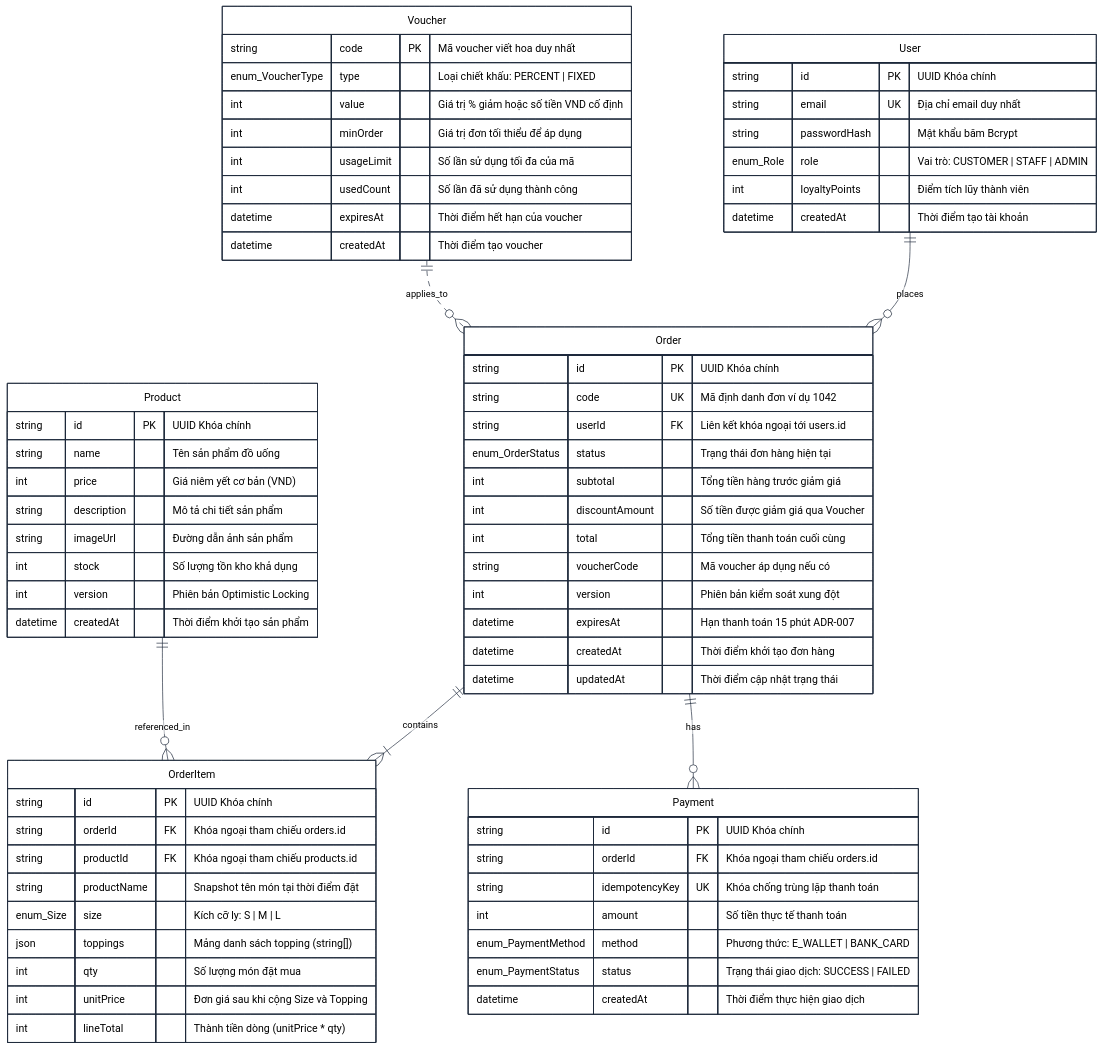
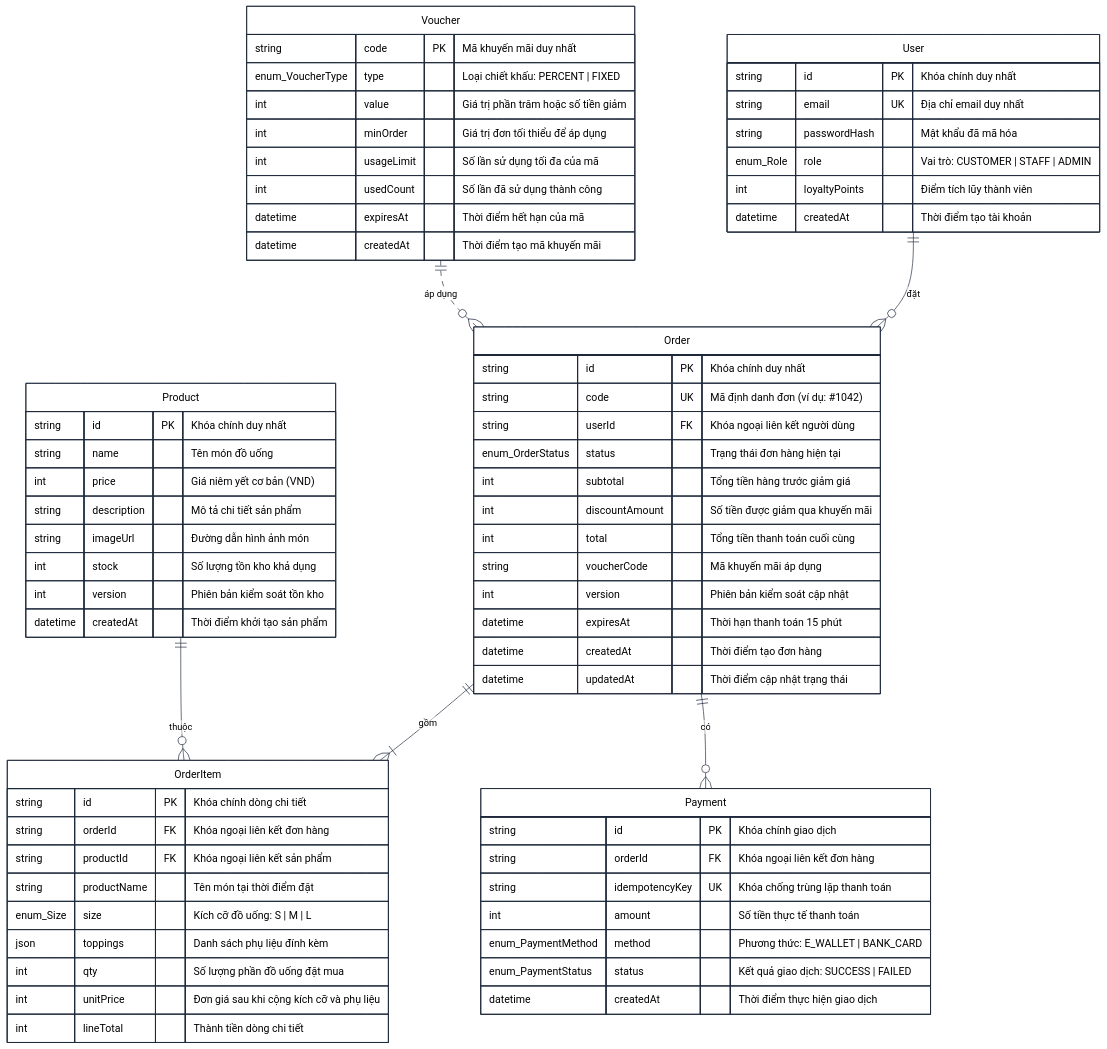
The eighth of 13 diagrams in docs/SYSTEM_ARCHITECTURE_DIAGRAMS.md (ThuanTran260/CNPM-BrewLite), drawn with Mermaid before and after one commit. The commit also changed other lines of this file and 25 other files, not shown here.

First line of the commit message:
docs(diagrams): chuan hoa so do hoc thuat tieng Viet va bo sung sequence diagram

````diff
--- a/docs/SYSTEM_ARCHITECTURE_DIAGRAMS.md
+++ b/docs/SYSTEM_ARCHITECTURE_DIAGRAMS.md
@@ -729,78 +730,78 @@
   }
 }}%%
 erDiagram
-    %% Định nghĩa các thực thể và quan hệ chuẩn hóa 100% Prisma Schema
-    User ||--o{ Order : "places"
-    Order ||--|{ OrderItem : "contains"
-    Product ||--o{ OrderItem : "referenced_in"
-    Order ||--o{ Payment : "has"
-    Voucher ||..o{ Order : "applies_to"
+    %% Định nghĩa các thực thể và mối quan hệ chuẩn hóa của hệ thống
+    User ||--o{ Order : "đặt"
+    Order ||--|{ OrderItem : "gồm"
+    Product ||--o{ OrderItem : "thuộc"
+    Order ||--o{ Payment : "có"
+    Voucher ||..o{ Order : "áp dụng"
 
     User {
-        string id PK "UUID Khóa chính"
+        string id PK "Khóa chính duy nhất"
         string email UK "Địa chỉ email duy nhất"
-        string passwordHash "Mật khẩu băm Bcrypt"
+        string passwordHash "Mật khẩu đã mã hóa"
         enum_Role role "Vai trò: CUSTOMER | STAFF | ADMIN"
         int loyaltyPoints "Điểm tích lũy thành viên"
         datetime createdAt "Thời điểm tạo tài khoản"
     }
 
     Product {
-        string id PK "UUID Khóa chính"
-        string name "Tên sản phẩm đồ uống"
+        string id PK "Khóa chính duy nhất"
+        string name "Tên món đồ uống"
         int price "Giá niêm yết cơ bản (VND)"
         string description "Mô tả chi tiết sản phẩm"
-        string imageUrl "Đường dẫn ảnh sản phẩm"
+        string imageUrl "Đường dẫn hình ảnh món"
         int stock "Số lượng tồn kho khả dụng"
-        int version "Phiên bản Optimistic Locking"
+        int version "Phiên bản kiểm soát tồn kho"
         datetime createdAt "Thời điểm khởi tạo sản phẩm"
     }
 
     Order {
-        string id PK "UUID Khóa chính"
-        string code UK "Mã định danh đơn ví dụ 1042"
-        string userId FK "Liên kết khóa ngoại tới users.id"
+        string id PK "Khóa chính duy nhất"
+        string code UK "Mã định danh đơn (ví dụ: #1042)"
+        string userId FK "Khóa ngoại liên kết người dùng"
         enum_OrderStatus status "Trạng thái đơn hàng hiện tại"
         int subtotal "Tổng tiền hàng trước giảm giá"
-        int discountAmount "Số tiền được giảm giá qua Voucher"
+        int discountAmount "Số tiền được giảm qua khuyến mãi"
         int total "Tổng tiền thanh toán cuối cùng"
-        string voucherCode "Mã voucher áp dụng nếu có"
-        int version "Phiên bản kiểm soát xung đột"
-        datetime expiresAt "Hạn thanh toán 15 phút ADR-007"
-        datetime createdAt "Thời điểm khởi tạo đơn hàng"
+        string voucherCode "Mã khuyến mãi áp dụng"
+        int version "Phiên bản kiểm soát cập nhật"
+        datetime expiresAt "Thời hạn thanh toán 15 phút"
+        datetime createdAt "Thời điểm tạo đơn hàng"
         datetime updatedAt "Thời điểm cập nhật trạng thái"
     }
 
     OrderItem {
-        string id PK "UUID Khóa chính"
-        string orderId FK "Khóa ngoại tham chiếu orders.id"
-        string productId FK "Khóa ngoại tham chiếu products.id"
-        string productName "Snapshot tên món tại thời điểm đặt"
-        enum_Size size "Kích cỡ ly: S | M | L"
-        json toppings "Mảng danh sách topping (string[])"
-        int qty "Số lượng món đặt mua"
-        int unitPrice "Đơn giá sau khi cộng Size và Topping"
-        int lineTotal "Thành tiền dòng (unitPrice * qty)"
+        string id PK "Khóa chính dòng chi tiết"
+        string orderId FK "Khóa ngoại liên kết đơn hàng"
+        string productId FK "Khóa ngoại liên kết sản phẩm"
+        string productName "Tên món tại thời điểm đặt"
+        enum_Size size "Kích cỡ đồ uống: S | M | L"
+        json toppings "Danh sách phụ liệu đính kèm"
+        int qty "Số lượng phần đồ uống đặt mua"
+        int unitPrice "Đơn giá sau khi cộng kích cỡ và phụ liệu"
+        int lineTotal "Thành tiền dòng chi tiết"
     }
 
     Payment {
-        string id PK "UUID Khóa chính"
-        string orderId FK "Khóa ngoại tham chiếu orders.id"
+        string id PK "Khóa chính giao dịch"
+        string orderId FK "Khóa ngoại liên kết đơn hàng"
         string idempotencyKey UK "Khóa chống trùng lặp thanh toán"
         int amount "Số tiền thực tế thanh toán"
         enum_PaymentMethod method "Phương thức: E_WALLET | BANK_CARD"
-        enum_PaymentStatus status "Trạng thái giao dịch: SUCCESS | FAILED"
+        enum_PaymentStatus status "Kết quả giao dịch: SUCCESS | FAILED"
         datetime createdAt "Thời điểm thực hiện giao dịch"
     }
 
     Voucher {
-        string code PK "Mã voucher viết hoa duy nhất"
+        string code PK "Mã khuyến mãi duy nhất"
         enum_VoucherType type "Loại chiết khấu: PERCENT | FIXED"
-        int value "Giá trị % giảm hoặc số tiền VND cố định"
+        int value "Giá trị phần trăm hoặc số tiền giảm"
         int minOrder "Giá trị đơn tối thiểu để áp dụng"
         int usageLimit "Số lần sử dụng tối đa của mã"
         int usedCount "Số lần đã sử dụng thành công"
-        datetime expiresAt "Thời điểm hết hạn của voucher"
-        datetime createdAt "Thời điểm tạo voucher"
+        datetime expiresAt "Thời điểm hết hạn của mã"
+        datetime createdAt "Thời điểm tạo mã khuyến mãi"
     }
 ```
````
